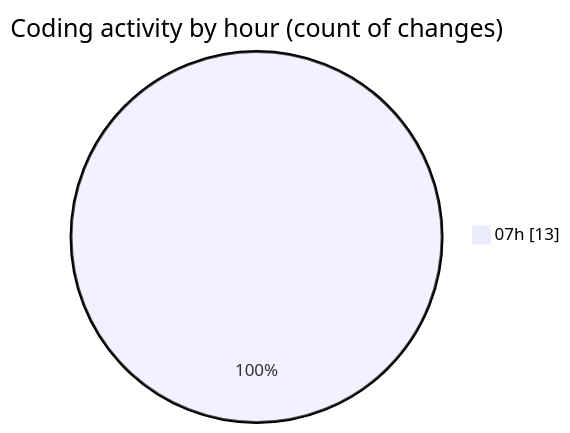
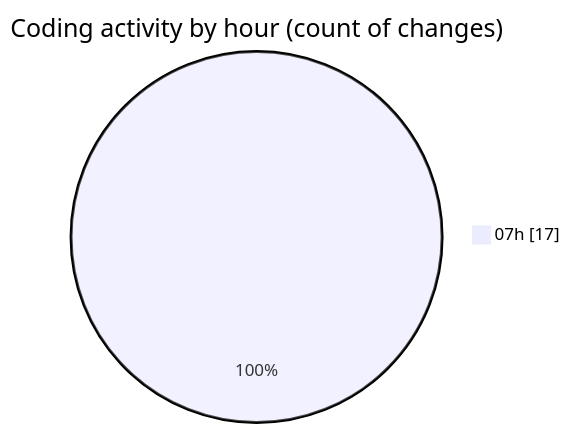
Before and after one commit to robertbonfada/code-tracking: the second of 2 diagrams in 2025-03-10/mbc-web/README.md, drawn with Mermaid. The commit also changed other lines of this file and 1 other file, not shown here.

````diff
--- a/2025-03-10/mbc-web/README.md
+++ b/2025-03-10/mbc-web/README.md
@@ -32,5 +33,5 @@
 ```mermaid
 pie showData
 title Coding activity by hour (count of changes)
-"07h" : 13
+"07h" : 17
 ```
````
